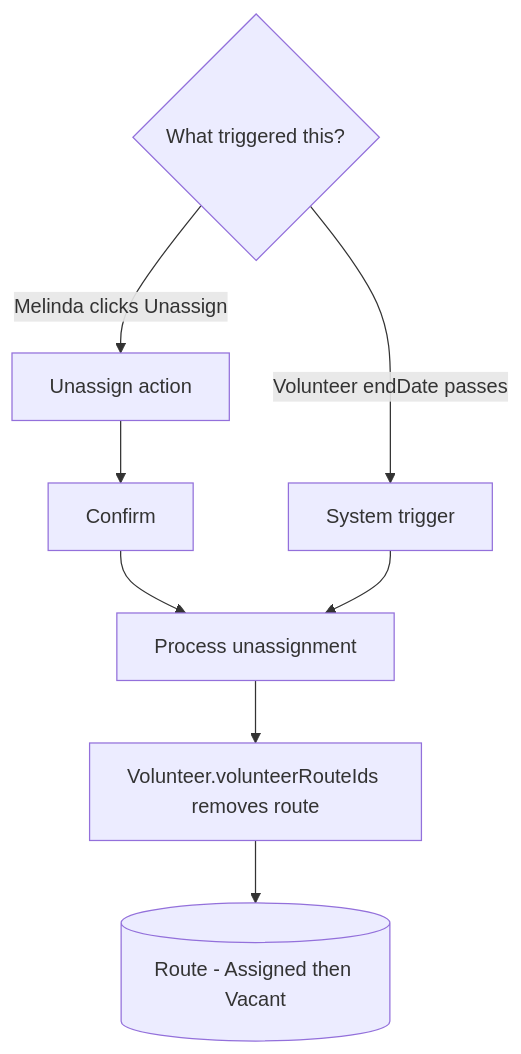
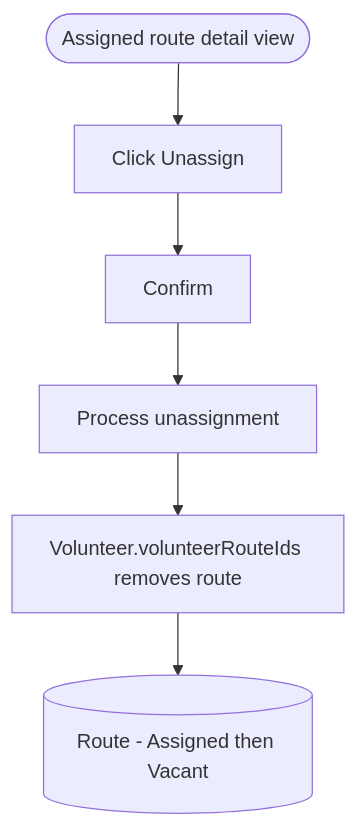
The sixth of 10 diagrams in docs/route_management_flow_v2.md (uwblueprint/beach-metro), drawn with Mermaid before and after one commit. The commit also changed other lines of this file, not shown here.

````diff
--- a/docs/route_management_flow_v2.md
+++ b/docs/route_management_flow_v2.md
@@ -205,11 +208,8 @@
 ```mermaid
 flowchart TD
-    Trigger{What triggered this?}
-    Trigger -->|Melinda clicks Unassign| Manual[Unassign action]
-    Trigger -->|Volunteer endDate passes| Auto[System trigger]
+    Start([Assigned route detail view]) --> Manual[Click Unassign]
     Manual --> Confirm[Confirm]
     Confirm --> Process[Process unassignment]
-    Auto --> Process
     Process --> VolUpdate[Volunteer.volunteerRouteIds removes route]
     VolUpdate --> Vacated[(Route - Assigned then Vacant)]
 ```
````
